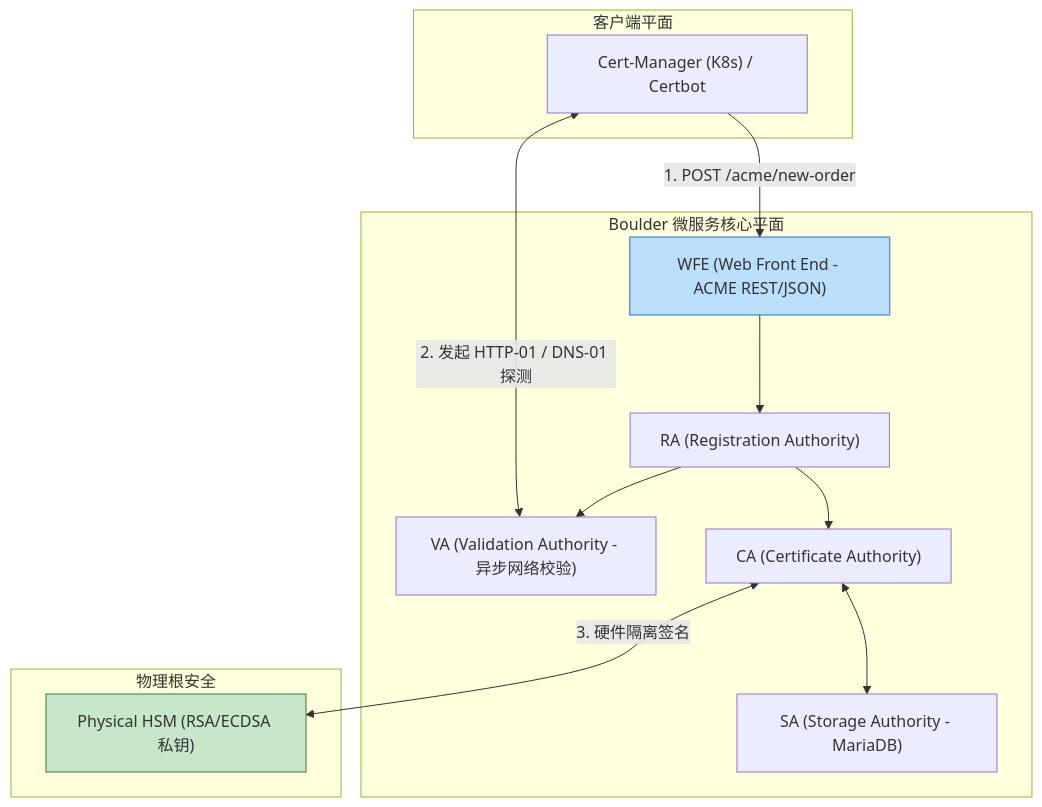
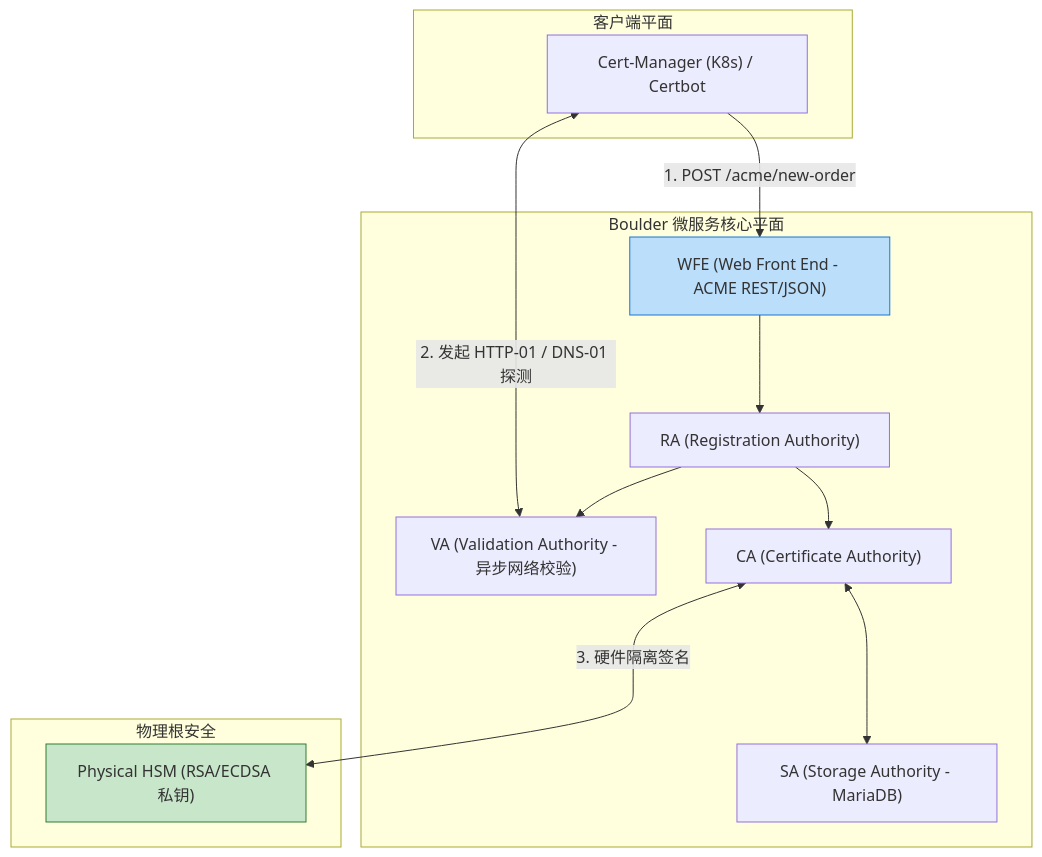
Before and after one commit to koosai/AI-Architect-Learning: the fourth of 6 diagrams in docs/atlas/lets-encrypt.mdx, drawn with Mermaid. The commit also changed other lines of this file and 68 other files, not shown here.

Commit message:
fix(atlas): fix browser client-side Mermaid rendering for mindmaps and flowcharts across 67 case studies

````diff
--- a/docs/atlas/lets-encrypt.mdx
+++ b/docs/atlas/lets-encrypt.mdx
@@ -122,29 +122,29 @@
 ```mermaid
 graph TB
   subgraph ACMEClientPlane["客户端平面"]
     CertManager["Cert-Manager (K8s) / Certbot"]
   end
 
   subgraph BoulderCoreServices["Boulder 微服务核心平面"]
     FrontendWFE["WFE (Web Front End - ACME REST/JSON)"]
     RAWorker["RA (Registration Authority)"]
     VAWorker["VA (Validation Authority - 异步网络校验)"]
     CAWorker["CA (Certificate Authority)"]
     StorageSA["SA (Storage Authority - MariaDB)"]
   end
 
   subgraph RootSecurity["物理根安全"]
     HSMDevice["Physical HSM (RSA/ECDSA 私钥)"]
   end
 
   CertManager -- "1. POST /acme/new-order" --> FrontendWFE
   FrontendWFE --> RAWorker
   RAWorker --> VAWorker
-  VAWorker <-->|2. 发起 HTTP-01 / DNS-01 探测| CertManager
+  VAWorker <--->|2. 发起 HTTP-01 / DNS-01 探测| CertManager
   RAWorker --> CAWorker
-  CAWorker <--> StorageSA
-  CAWorker <-->|3. 硬件隔离签名| HSMDevice
+  CAWorker <---> StorageSA
+  CAWorker <--->|3. 硬件隔离签名| HSMDevice
 
   style FrontendWFE fill:#bbdefb,stroke:#1976d2
   style HSMDevice fill:#c8e6c9,stroke:#2e7d32
 ```
````
